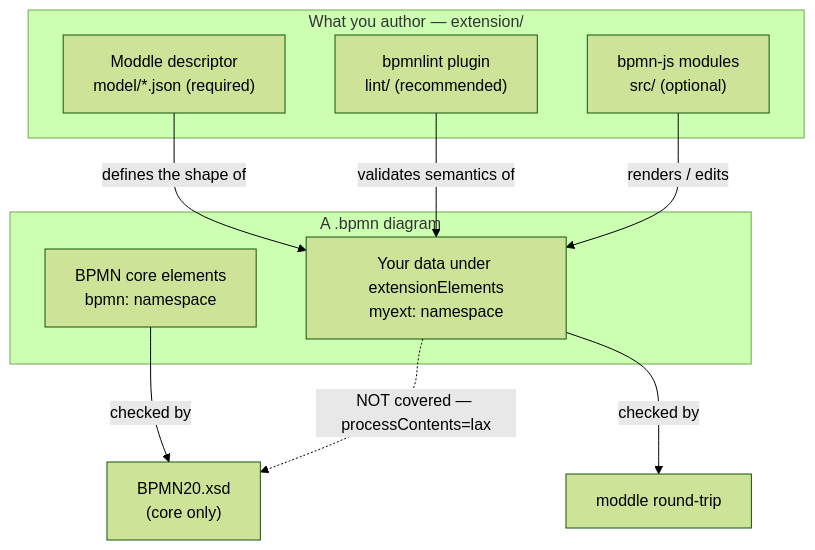
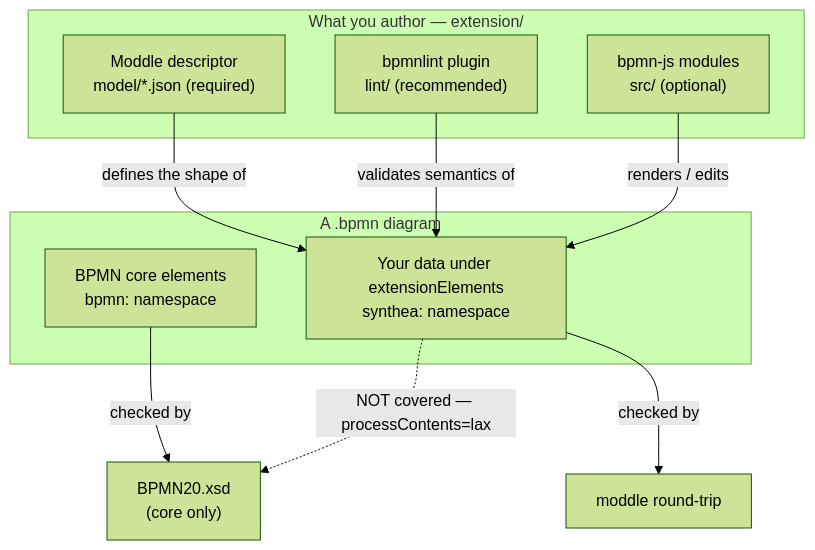
One commit to forschungsgruppe-digital-health/bpmn-extension-synthea-module changed the diagram in README.md. Above: the diagram before and after it, drawn with Mermaid (forest theme). The commit also changed other lines of this file and 35 other files, not shown here.

First line of the commit message:
feat: add Synthea moddle extension (Probability, StateType, Condition)

````diff
--- a/README.md
+++ b/README.md
@@ -45,21 +45,21 @@
 ```mermaid
 flowchart TB
   subgraph AUTHOR["What you author — extension/"]
     M["Moddle descriptor<br/>model/*.json (required)"]
     L["bpmnlint plugin<br/>lint/ (recommended)"]
     S["bpmn-js modules<br/>src/ (optional)"]
   end
 
   subgraph FILE["A .bpmn diagram"]
     C["BPMN core elements<br/>bpmn: namespace"]
-    E["Your data under extensionElements<br/>myext: namespace"]
+    E["Your data under extensionElements<br/>synthea: namespace"]
   end
 
   M -->|"defines the shape of"| E
   L -->|"validates semantics of"| E
   S -->|"renders / edits"| E
 
   C -->|"checked by"| XSD["BPMN20.xsd<br/>(core only)"]
   E -.->|"NOT covered — processContents=lax"| XSD
   E -->|"checked by"| RT["moddle round-trip"]
 ```
````
